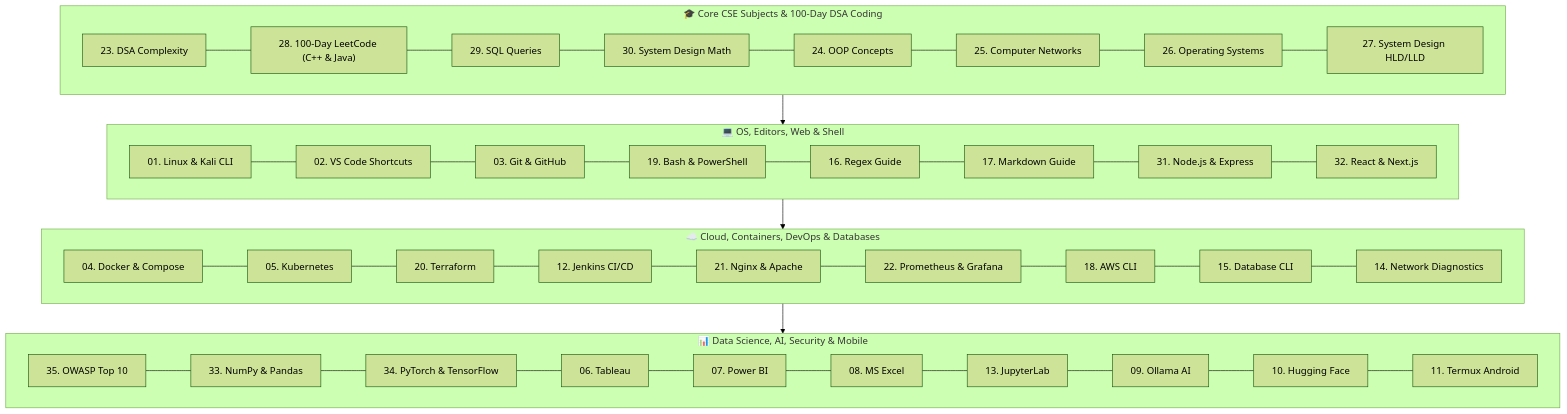
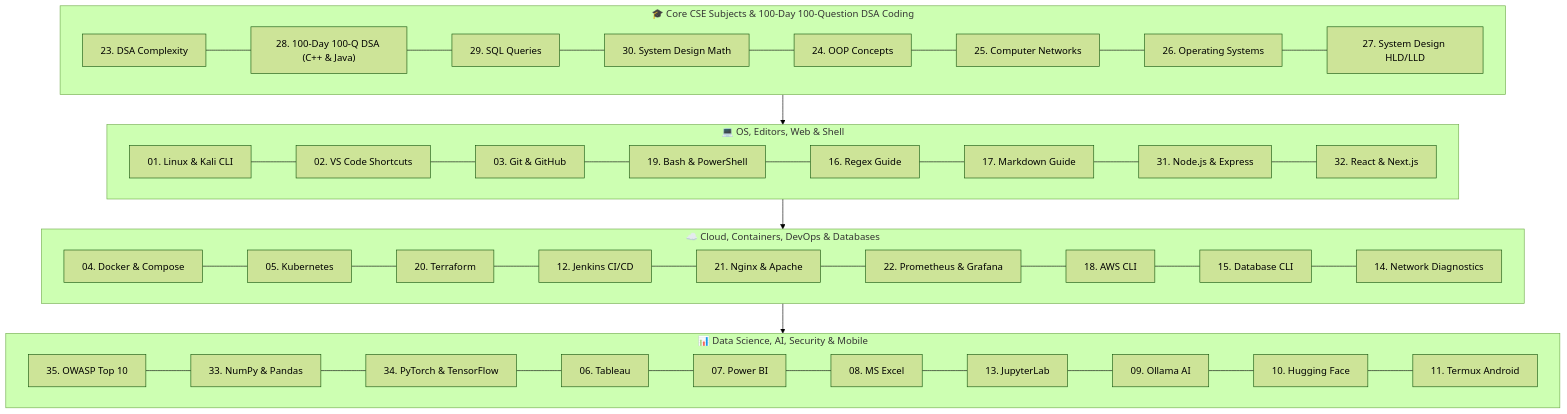
The diagram in README.md (techindro/Penetration-testing-toolkit), drawn with Mermaid (forest theme) before and after one commit. The commit also changed other lines of this file and 1 other file, not shown here.

Commit message:
feat: map out 100-Day 100-Question LeetCode practice plan with problem numbers, pattern categories, and difficulty levels in Module 28

````diff
--- a/README.md
+++ b/README.md
@@ -35,20 +35,20 @@
 ```mermaid
 graph TD
-    subgraph Phase1["🎓 Core CSE Subjects & 100-Day DSA Coding"]
-        A1["23. DSA Complexity"] --- A2["28. 100-Day LeetCode (C++ & Java)"] --- A3["29. SQL Queries"] --- A4["30. System Design Math"] --- A5["24. OOP Concepts"] --- A6["25. Computer Networks"] --- A7["26. Operating Systems"] --- A8["27. System Design HLD/LLD"]
+    subgraph Phase1["🎓 Core CSE Subjects & 100-Day 100-Question DSA Coding"]
+        A1["23. DSA Complexity"] --- A2["28. 100-Day 100-Q DSA (C++ & Java)"] --- A3["29. SQL Queries"] --- A4["30. System Design Math"] --- A5["24. OOP Concepts"] --- A6["25. Computer Networks"] --- A7["26. Operating Systems"] --- A8["27. System Design HLD/LLD"]
     end
 
     subgraph Phase2["💻 OS, Editors, Web & Shell"]
         B1["01. Linux & Kali CLI"] --- B2["02. VS Code Shortcuts"] --- B3["03. Git & GitHub"] --- B4["19. Bash & PowerShell"] --- B5["16. Regex Guide"] --- B6["17. Markdown Guide"] --- B7["31. Node.js & Express"] --- B8["32. React & Next.js"]
     end
 
     subgraph Phase3["☁️ Cloud, Containers, DevOps & Databases"]
         C1["04. Docker & Compose"] --- C2["05. Kubernetes"] --- C3["20. Terraform"] --- C4["12. Jenkins CI/CD"] --- C5["21. Nginx & Apache"] --- C6["22. Prometheus & Grafana"] --- C7["18. AWS CLI"] --- C8["15. Database CLI"] --- C9["14. Network Diagnostics"]
     end
 
     subgraph Phase4["📊 Data Science, AI, Security & Mobile"]
         D1["35. OWASP Top 10"] --- D2["33. NumPy & Pandas"] --- D3["34. PyTorch & TensorFlow"] --- D4["06. Tableau"] --- D5["07. Power BI"] --- D6["08. MS Excel"] --- D7["13. JupyterLab"] --- D8["09. Ollama AI"] --- D9["10. Hugging Face"] --- D10["11. Termux Android"]
     end
 
     Phase1 --> Phase2 --> Phase3 --> Phase4
 ```
````
